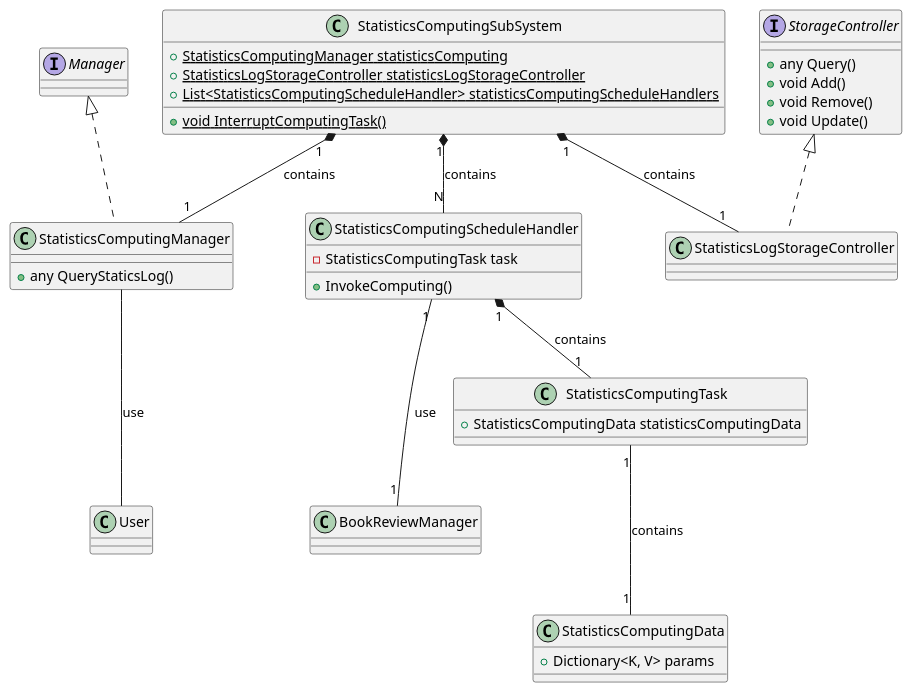
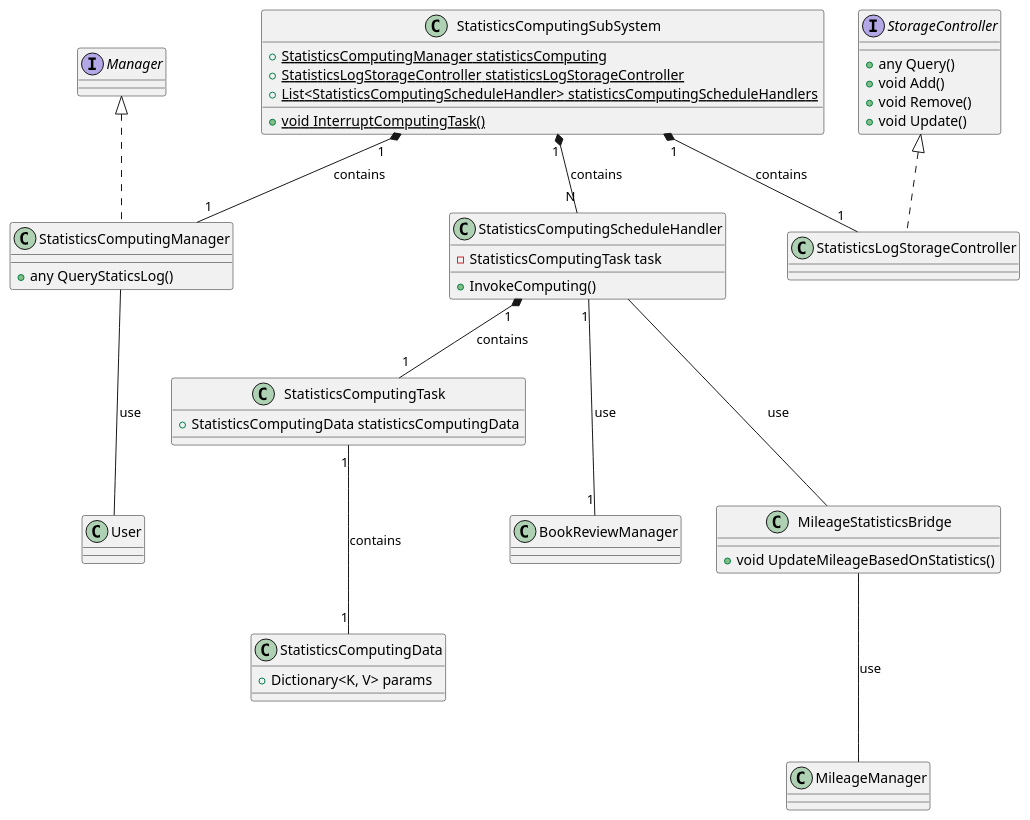
The diagram in src/Statistics.puml (ShapeLayer/se-lecture-task__project-structure-definitions), drawn with PlantUML before and after one commit. The commit also changed 11 other files, not shown here.

```diff
--- a/src/Statistics.puml
+++ b/src/Statistics.puml
@@ -1,52 +1,59 @@
 @startuml
 Interface Manager
 Interface StorageController {
     + any Query()
     + void Add()
     + void Remove()
     + void Update()
 }
+
+' MileageChangeBridge
+class MileageStatisticsBridge {
+    + void UpdateMileageBasedOnStatistics()
+}
+MileageStatisticsBridge --- MileageManager : use
 
 ' Statistics
 
 class StatisticsComputingData {
     + Dictionary<K, V> params
 }
 
 class StatisticsComputingTask {
     + StatisticsComputingData statisticsComputingData
 }
 
 StatisticsComputingTask "1" --- "1" StatisticsComputingData : contains
 
 class StatisticsComputingManager implements Manager {
     + any QueryStaticsLog()
 }
 
 StatisticsComputingManager --- User : use
 
 ' Todo: StatisticsLog
 
 class StatisticsLogStorageController implements StorageController {}
 
 class StatisticsComputingScheduleHandler {
     - StatisticsComputingTask task
     + InvokeComputing()
 }
 
 StatisticsComputingScheduleHandler "1" --- "1" BookReviewManager : use
 StatisticsComputingScheduleHandler "1" *-- "1" StatisticsComputingTask : contains
+StatisticsComputingScheduleHandler --- MileageStatisticsBridge : use
 
 ' StatisticsComputing SubSystem
 class StatisticsComputingSubSystem {
     + {static} StatisticsComputingManager statisticsComputing
     + {static} StatisticsLogStorageController statisticsLogStorageController
     + {static} List<StatisticsComputingScheduleHandler> statisticsComputingScheduleHandlers
     + {static} void InterruptComputingTask()
 }
 
 StatisticsComputingSubSystem "1" *-- "1" StatisticsComputingManager : contains
 StatisticsComputingSubSystem "1" *-- "1" StatisticsLogStorageController : contains
 StatisticsComputingSubSystem "1" *-- "N" StatisticsComputingScheduleHandler : contains
 
 @enduml
```
